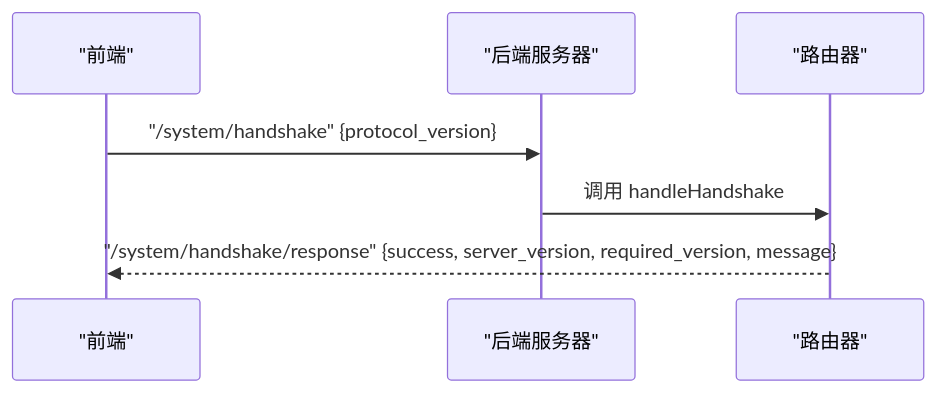
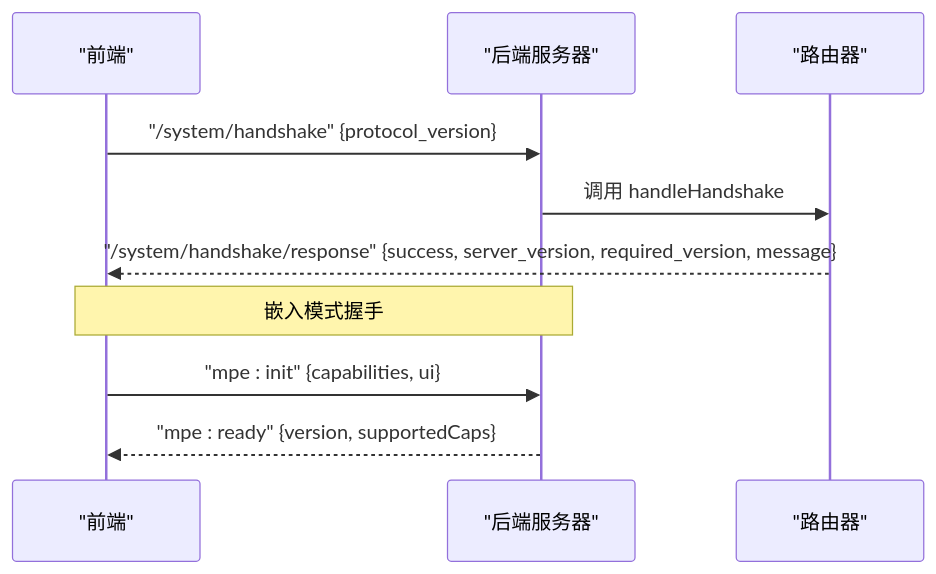
The third of 8 diagrams in .qoder/repowiki/zh/content/核心概念/通信协议/通信协议.md (kqcoxn/MaaPipelineEditor), drawn with Mermaid before and after one commit. The commit also changed other lines of this file and 5 other files, not shown here.

````diff
--- a/.qoder/repowiki/zh/content/核心概念/通信协议/通信协议.md
+++ b/.qoder/repowiki/zh/content/核心概念/通信协议/通信协议.md
@@ -150,9 +164,12 @@
 ```mermaid
 sequenceDiagram
 participant FE as "前端"
 participant WS as "后端服务器"
 participant RT as "路由器"
 FE->>WS : "/system/handshake" {protocol_version}
 WS->>RT : 调用 handleHandshake
 RT-->>FE : "/system/handshake/response" {success, server_version, required_version, message}
+Note over FE,WS : 嵌入模式握手
+FE->>WS : "mpe : init" {capabilities, ui}
+WS-->>FE : "mpe : ready" {version, supportedCaps}
 ```
````
